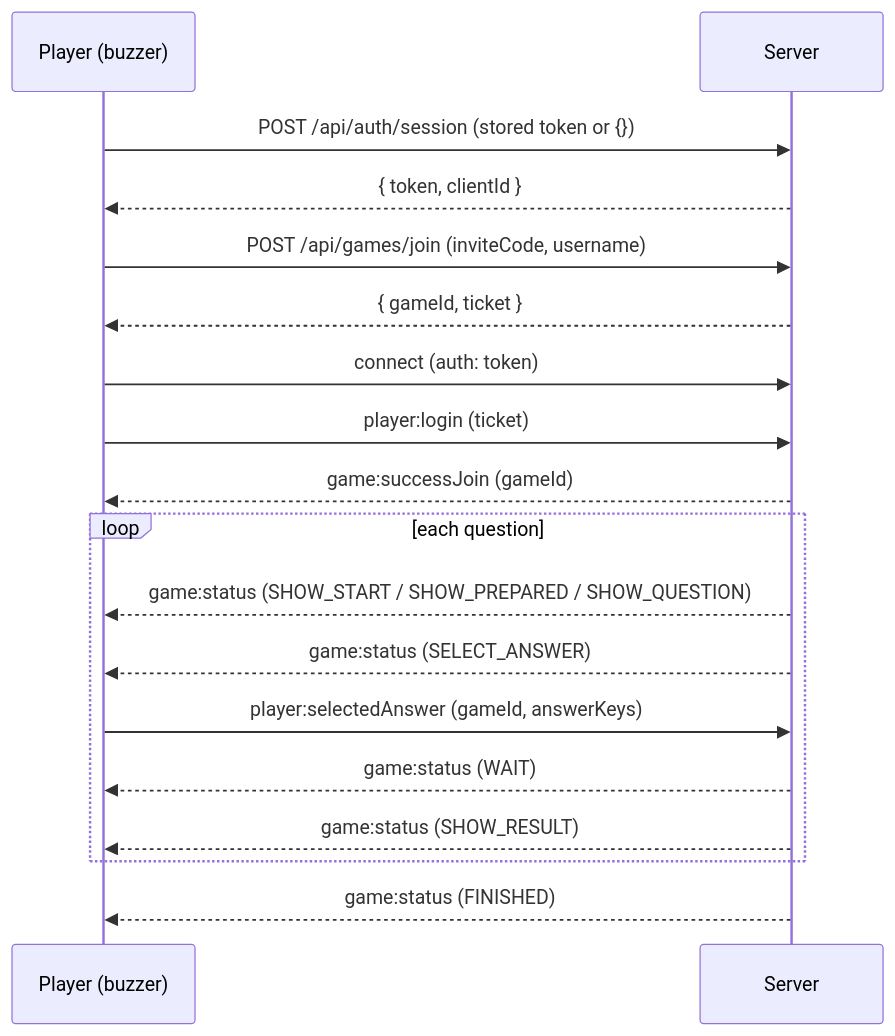
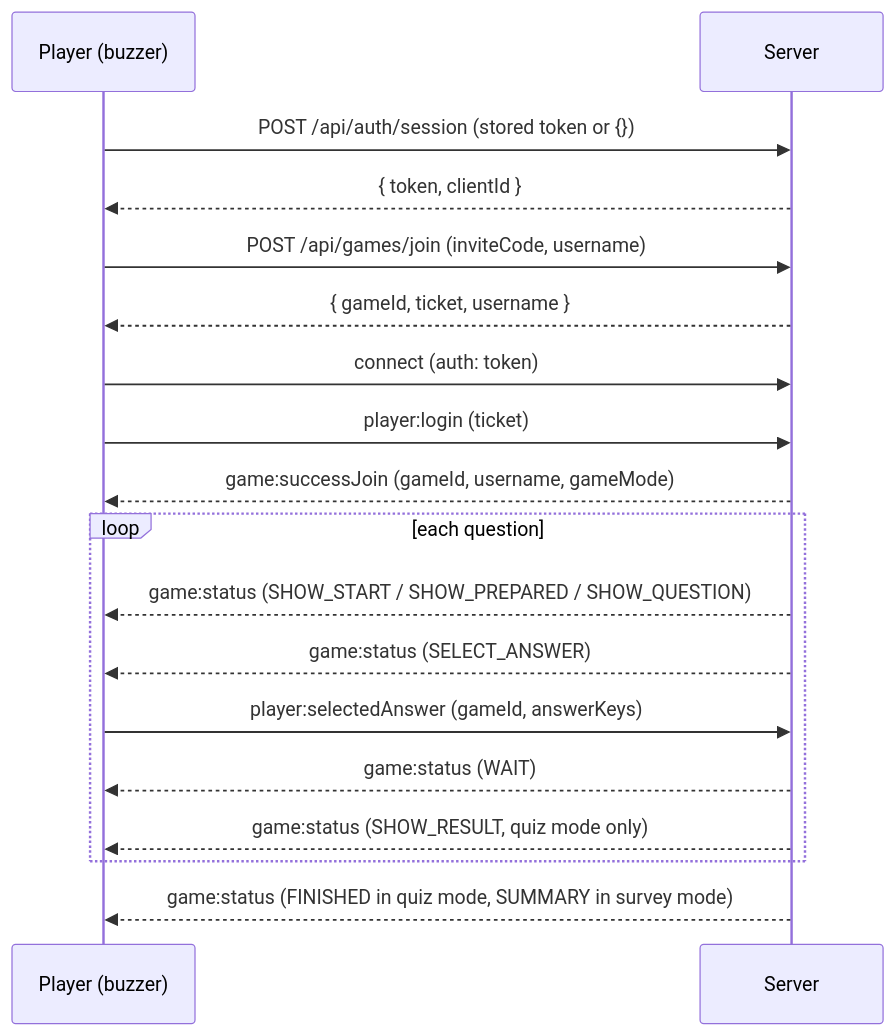
Before and after one commit to Ralex91/Razzia: the first of 2 diagrams in docs/websocket-protocol.md, drawn with Mermaid. The commit also changed other lines of this file and 2 other files, not shown here.

Commit message:
docs: update the protocol and quiz docs for survey mode

````diff
--- a/docs/websocket-protocol.md
+++ b/docs/websocket-protocol.md
@@ -161,23 +176,23 @@
 ```mermaid
 sequenceDiagram
     participant P as Player (buzzer)
     participant S as Server
 
     P->>S: POST /api/auth/session (stored token or {})
     S-->>P: { token, clientId }
     P->>S: POST /api/games/join (inviteCode, username)
-    S-->>P: { gameId, ticket }
+    S-->>P: { gameId, ticket, username }
     P->>S: connect (auth: token)
     P->>S: player:login (ticket)
-    S-->>P: game:successJoin (gameId)
+    S-->>P: game:successJoin (gameId, username, gameMode)
 
     loop each question
         S-->>P: game:status (SHOW_START / SHOW_PREPARED / SHOW_QUESTION)
         S-->>P: game:status (SELECT_ANSWER)
         P->>S: player:selectedAnswer (gameId, answerKeys)
         S-->>P: game:status (WAIT)
-        S-->>P: game:status (SHOW_RESULT)
+        S-->>P: game:status (SHOW_RESULT, quiz mode only)
     end
 
-    S-->>P: game:status (FINISHED)
+    S-->>P: game:status (FINISHED in quiz mode, SUMMARY in survey mode)
 ```
````
